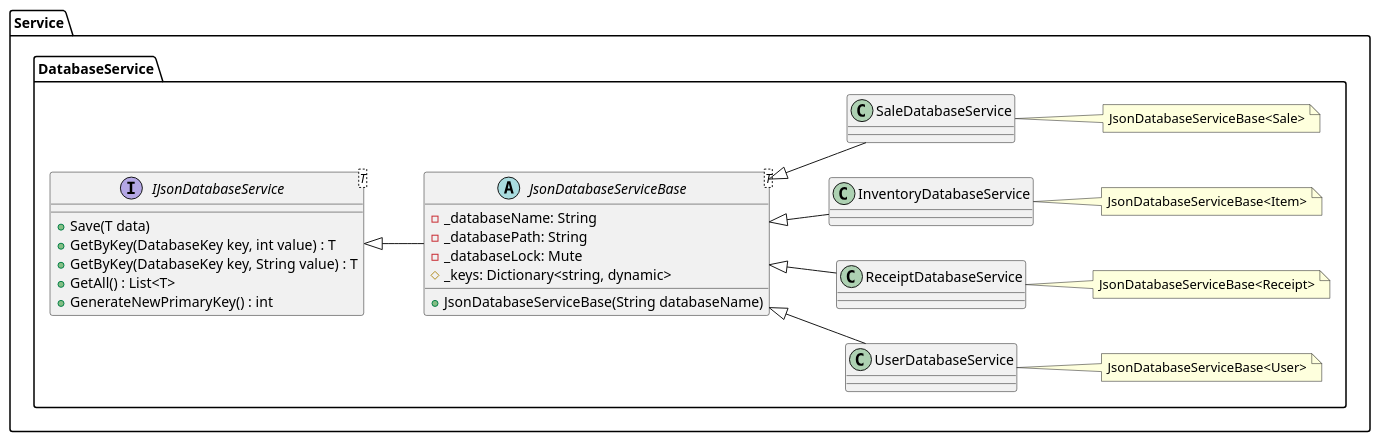
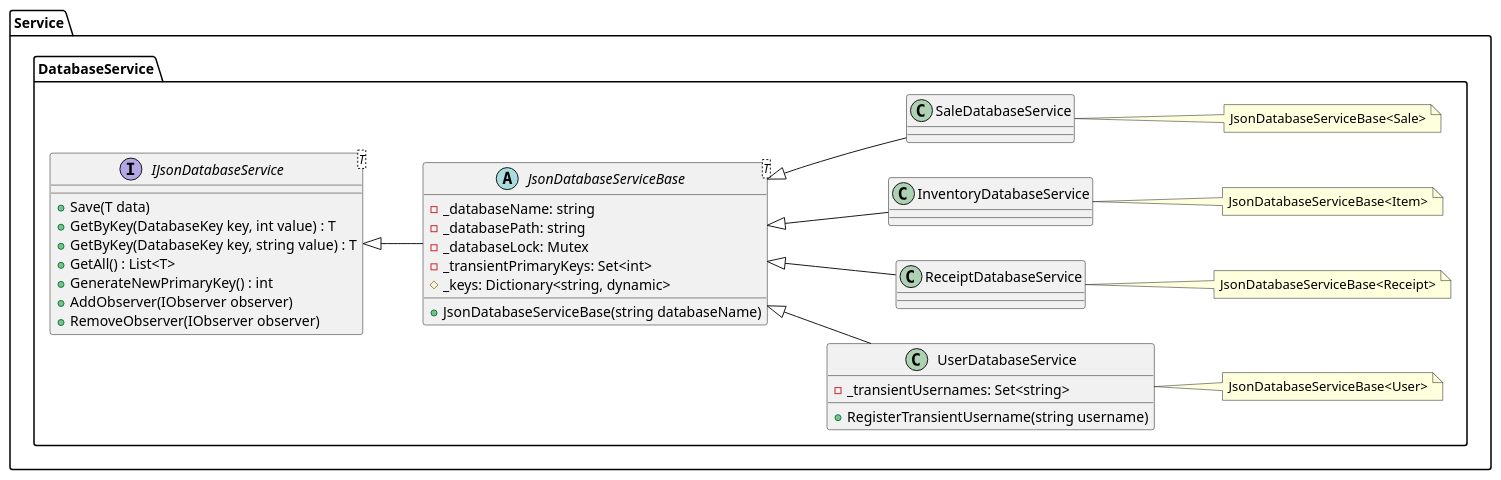
One commit to danieltebor/swe3313-course-project changed the diagram in docs/technical-design/class-diagram/service/database-service.puml. Above: the diagram before and after it, drawn with PlantUML. The commit also changed 2 other files, not shown here.

```diff
--- a/docs/technical-design/class-diagram/service/database-service.puml
+++ b/docs/technical-design/class-diagram/service/database-service.puml
@@ -1,51 +1,57 @@
 @startuml database-service-class-diagram
 
 namespace Service {
 namespace DatabaseService {
 
 left to right direction
 
 ' T should be a JSON serializable object.
 interface IJsonDatabaseService<T> {
     + Save(T data)
     + GetByKey(DatabaseKey key, int value) : T
-    + GetByKey(DatabaseKey key, String value) : T
+    + GetByKey(DatabaseKey key, string value) : T
     + GetAll() : List<T>
     + GenerateNewPrimaryKey() : int
+    + AddObserver(IObserver observer)
+    + RemoveObserver(IObserver observer)
 }
 
 ' T should be a JSON serializable object.
 abstract JsonDatabaseServiceBase<T> {
-    - _databaseName: String
-    - _databasePath: String
-    - _databaseLock: Mute
+    - _databaseName: string
+    - _databasePath: string
+    - _databaseLock: Mutex
+    - _transientPrimaryKeys: Set<int>
     # _keys: Dictionary<string, dynamic> 
-    + JsonDatabaseServiceBase(String databaseName)
+    + JsonDatabaseServiceBase(string databaseName)
 }
 
 JsonDatabaseServiceBase -up-|> IJsonDatabaseService
 
-class UserDatabaseService {}
+class UserDatabaseService {
+    - _transientUsernames: Set<string>
+    + RegisterTransientUsername(string username)
+}
 
 UserDatabaseService -up-|> JsonDatabaseServiceBase
 note right of UserDatabaseService: JsonDatabaseServiceBase<User>
 
 class ReceiptDatabaseService {}
 
 ReceiptDatabaseService -up-|> JsonDatabaseServiceBase
 note right of ReceiptDatabaseService: JsonDatabaseServiceBase<Receipt>
 
 class InventoryDatabaseService {}
 
 InventoryDatabaseService -up-|> JsonDatabaseServiceBase
 note right of InventoryDatabaseService: JsonDatabaseServiceBase<Item>
 
 class SaleDatabaseService {}
 
 SaleDatabaseService -up-|> JsonDatabaseServiceBase
 note right of SaleDatabaseService: JsonDatabaseServiceBase<Sale>
 
 }
 }
 
 @enduml
```
